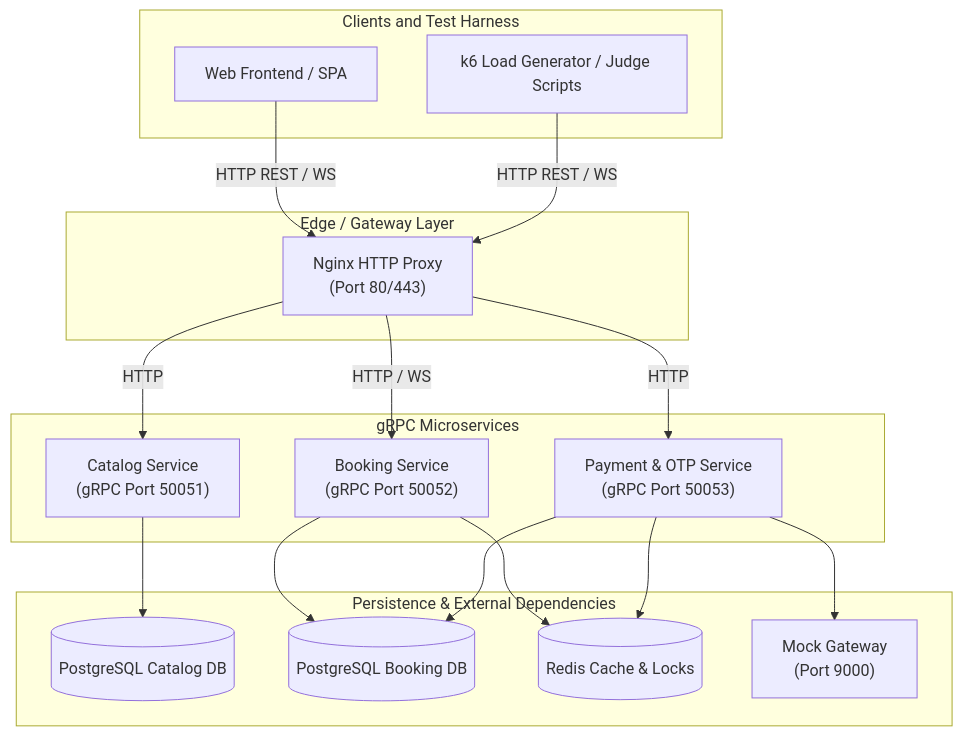
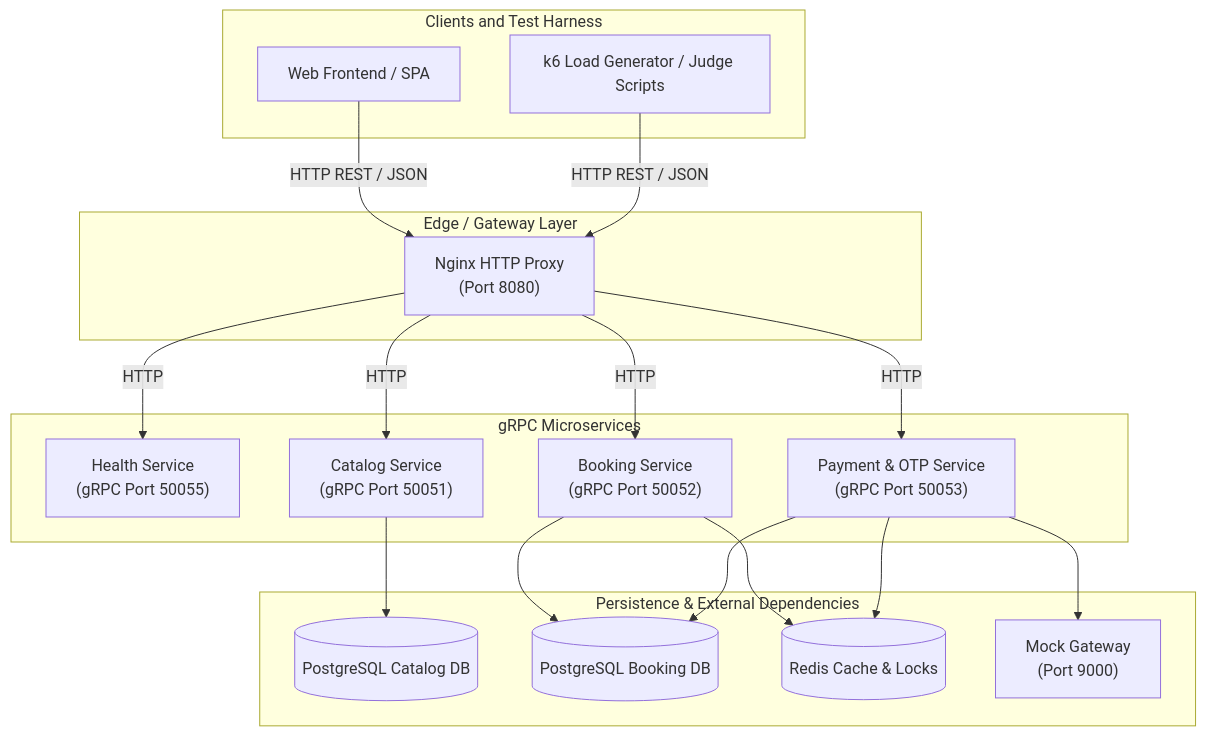
The diagram in ARCHITECTURE.md (TheSR007/That_Team_IEEE), drawn with Mermaid before and after one commit. The commit also changed other lines of this file and 4 other files, not shown here.

Commit message:
added separate service health checking

````diff
--- a/ARCHITECTURE.md
+++ b/ARCHITECTURE.md
@@ -5,38 +5,40 @@
 ```mermaid
 flowchart TD
     subgraph Clients["Clients and Test Harness"]
         UI["Web Frontend / SPA"]
         K6["k6 Load Generator / Judge Scripts"]
     end
 
     subgraph Proxy["Edge / Gateway Layer"]
-        NGINX["Nginx HTTP Proxy<br/>(Port 80/443)"]
+        NGINX["Nginx HTTP Proxy<br/>(Port 8080)"]
     end
 
     subgraph Services["gRPC Microservices"]
+        Health["Health Service<br/>(gRPC Port 50055)"]
         Catalog["Catalog Service<br/>(gRPC Port 50051)"]
         Booking["Booking Service<br/>(gRPC Port 50052)"]
         Payment["Payment & OTP Service<br/>(gRPC Port 50053)"]
     end
 
     subgraph Storage["Persistence & External Dependencies"]
         PGCAT[(PostgreSQL Catalog DB)]
         PGBOOK[(PostgreSQL Booking DB)]
         REDIS[(Redis Cache & Locks)]
         MOCKGW["Mock Gateway<br/>(Port 9000)"]
     end
 
-    UI -->|HTTP REST / WS| NGINX
-    K6 -->|HTTP REST / WS| NGINX
+    UI -->|HTTP REST / JSON| NGINX
+    K6 -->|HTTP REST / JSON| NGINX
 
+    NGINX -->|HTTP| Health
     NGINX -->|HTTP| Catalog
-    NGINX -->|HTTP / WS| Booking
+    NGINX -->|HTTP| Booking
     NGINX -->|HTTP| Payment
 
     Catalog --> PGCAT
     Booking --> PGBOOK
     Booking --> REDIS
     Payment --> PGBOOK
     Payment --> REDIS
     Payment --> MOCKGW
 ```
````
